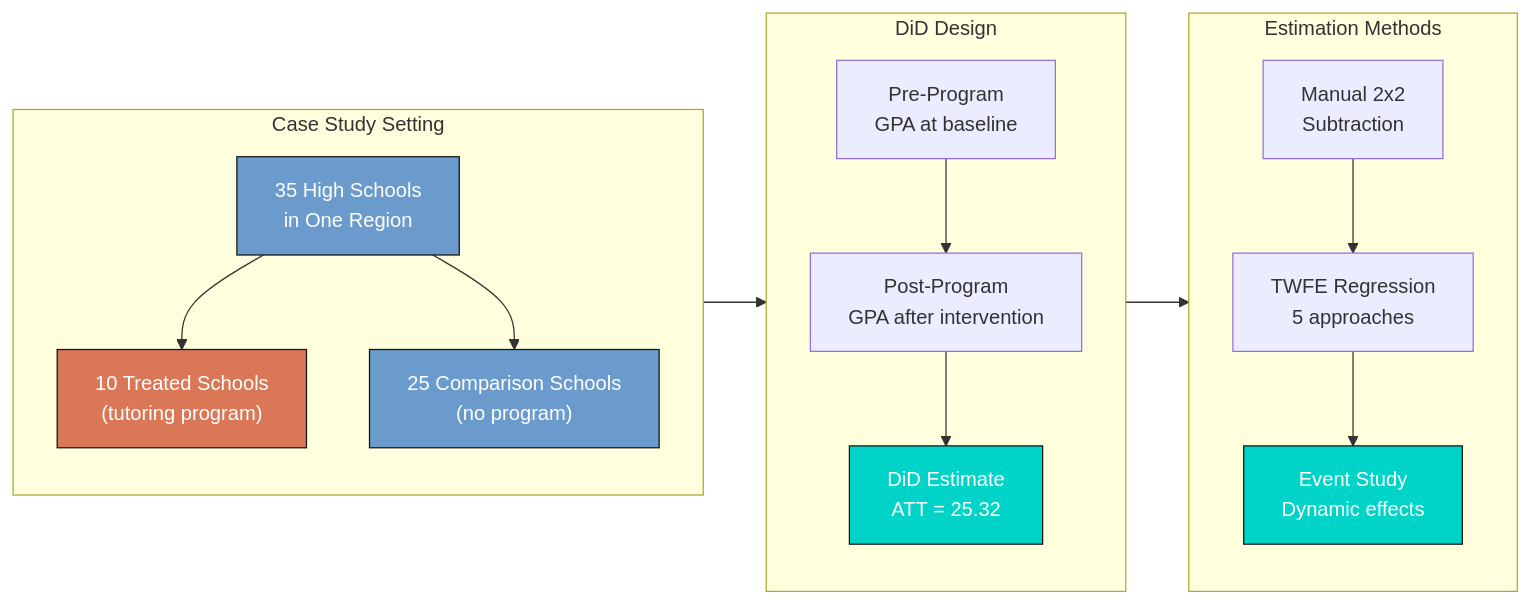
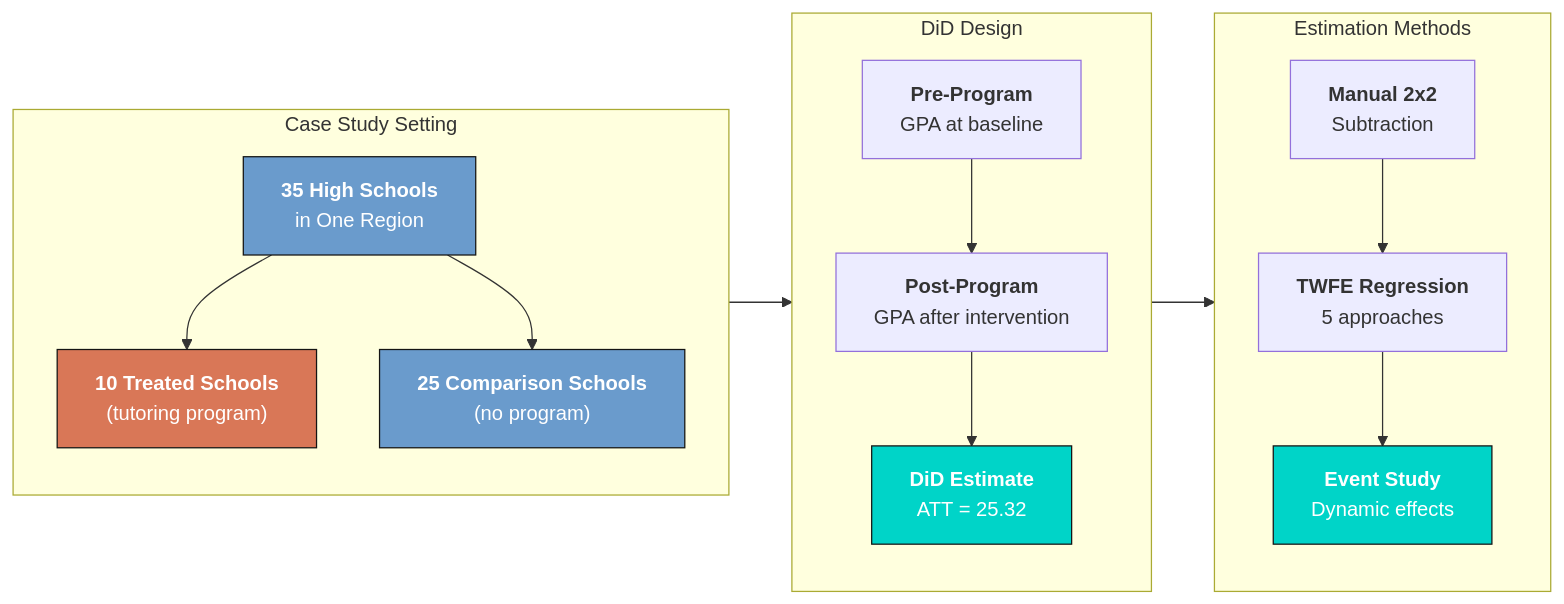
One commit to cmg777/starter-academic-v501 changed the diagram in content/post/stata_did/index.md. Above: the diagram before and after it, drawn with Mermaid.

Commit message:
Fix Mermaid diagram syntax for Wowchemy v5 compatibility
Replace `flowchart LR` with `graph LR` and remove `direction TB`
inside subgraphs -- unsupported by the Mermaid version bundled
with Wowchemy v5. Matches the syntax used in other working posts
(e.g. stata_rct).

````diff
--- a/content/post/stata_did/index.md
+++ b/content/post/stata_did/index.md
@@ -66,35 +66,32 @@
 ```mermaid
-flowchart LR
-    subgraph Setting["Case Study Setting"]
-        direction TB
-        A["35 High Schools<br/>in One Region"]
-        B["10 Treated Schools<br/>(tutoring program)"]
-        C["25 Comparison Schools<br/>(no program)"]
-        A --> B
-        A --> C
+graph LR
+    subgraph Setting ["Case Study Setting"]
+    A["<b>35 High Schools</b><br/>in One Region"]
+    B["<b>10 Treated Schools</b><br/>(tutoring program)"]
+    C["<b>25 Comparison Schools</b><br/>(no program)"]
+    A --> B
+    A --> C
     end
 
-    subgraph Design["DiD Design"]
-        direction TB
-        D["Pre-Program<br/>GPA at baseline"]
-        E["Post-Program<br/>GPA after intervention"]
-        F["DiD Estimate<br/>ATT = 25.32"]
-        D --> E --> F
+    subgraph Design ["DiD Design"]
+    D["<b>Pre-Program</b><br/>GPA at baseline"]
+    E["<b>Post-Program</b><br/>GPA after intervention"]
+    F["<b>DiD Estimate</b><br/>ATT = 25.32"]
+    D --> E --> F
     end
 
-    subgraph Methods["Estimation Methods"]
-        direction TB
-        G["Manual 2x2<br/>Subtraction"]
-        H["TWFE Regression<br/>5 approaches"]
-        I["Event Study<br/>Dynamic effects"]
-        G --> H --> I
+    subgraph Methods ["Estimation Methods"]
+    G["<b>Manual 2x2</b><br/>Subtraction"]
+    H["<b>TWFE Regression</b><br/>5 approaches"]
+    I["<b>Event Study</b><br/>Dynamic effects"]
+    G --> H --> I
     end
 
     Setting --> Design --> Methods
 
     style A fill:#6a9bcc,stroke:#141413,color:#fff
     style B fill:#d97757,stroke:#141413,color:#fff
     style C fill:#6a9bcc,stroke:#141413,color:#fff
     style F fill:#00d4c8,stroke:#141413,color:#fff
     style I fill:#00d4c8,stroke:#141413,color:#fff
 ```
````
